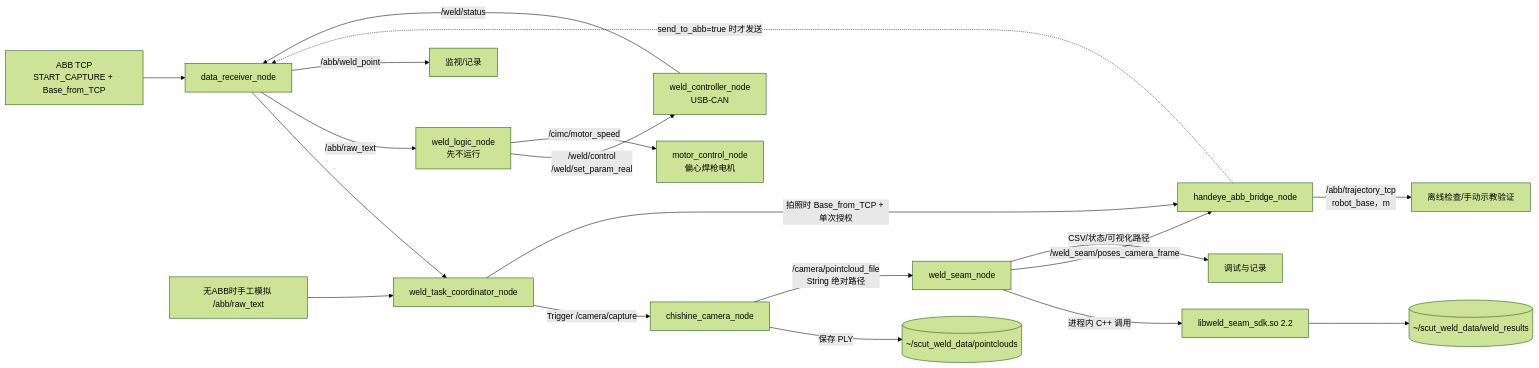
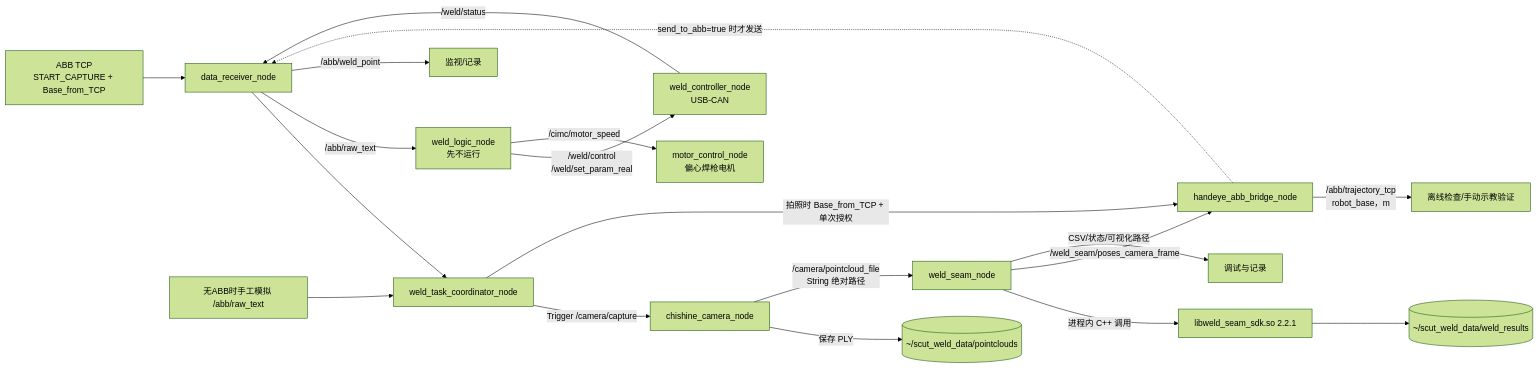
One commit to Luckme921/cimc changed the diagram in README.md. Above: the diagram before and after it, drawn with Mermaid (forest theme). The commit also changed other lines of this file and 3 other files, not shown here.

````diff
--- a/README.md
+++ b/README.md
@@ -33,22 +33,22 @@
 ```mermaid
 flowchart LR
     ABB["ABB TCP\nSTART_CAPTURE + Base_from_TCP"] --> D["data_receiver_node"]
     D --> Q["weld_task_coordinator_node"]
     SIM["无ABB时手工模拟 /abb/raw_text"] --> Q
     Q -->|"Trigger /camera/capture"| C["chishine_camera_node"]
     C -->|"保存 PLY"| P[("~/scut_weld_data/pointclouds")]
     C -->|"/camera/pointcloud_file\nString 绝对路径"| S["weld_seam_node"]
-    S -->|"进程内 C++ 调用"| SDK["libweld_seam_sdk.so 2.2"]
+    S -->|"进程内 C++ 调用"| SDK["libweld_seam_sdk.so 2.2.1"]
     SDK --> R[("~/scut_weld_data/weld_results")]
     S -->|"/weld_seam/poses_camera_frame"| H["handeye_abb_bridge_node"]
     Q -->|"拍照时 Base_from_TCP + 单次授权"| H
     H -->|"/abb/trajectory_tcp\nrobot_base，m"| CHECK["离线检查/手动示教验证"]
     H -. "send_to_abb=true 时才发送" .-> D
     S -->|"CSV/状态/可视化路径"| V["调试与记录"]
 
     D -->|"/abb/raw_text"| L["weld_logic_node\n先不运行"]
     D -->|"/abb/weld_point"| MON["监视/记录"]
     W["weld_controller_node\nUSB-CAN"] -->|"/weld/status"| D
     L -->|"/weld/control\n/weld/set_param_real"| W
     L -->|"/cimc/motor_speed"| M["motor_control_node\n偏心焊枪电机"]
 ```
````
